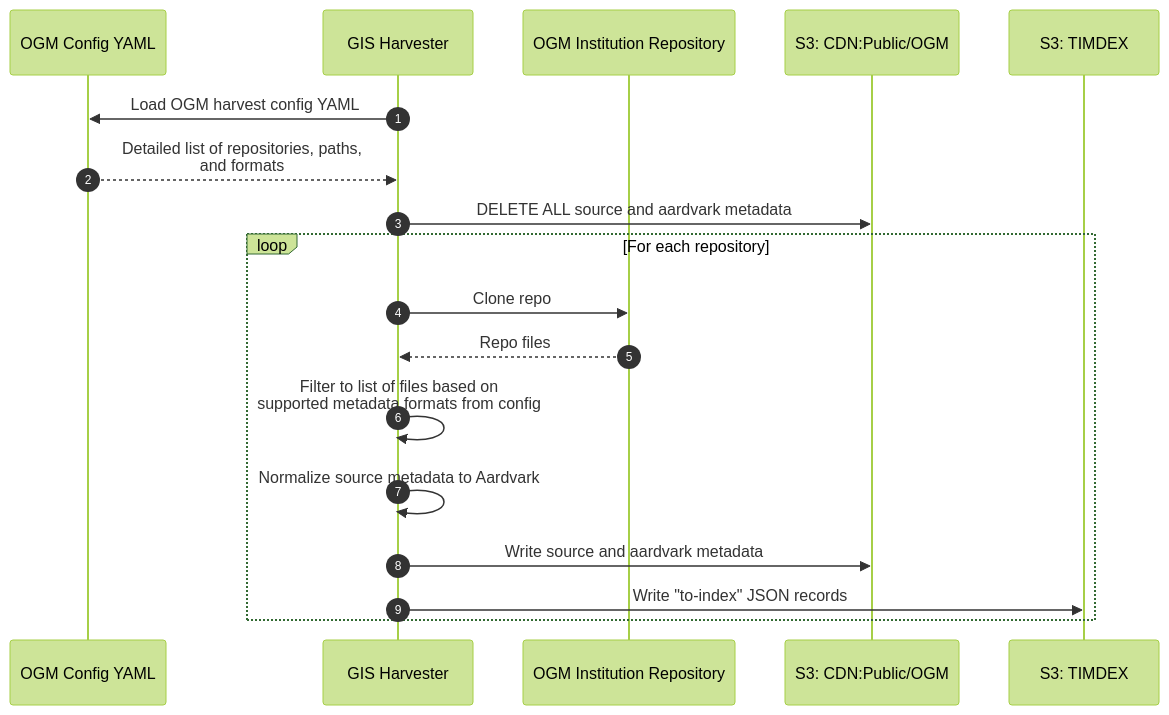
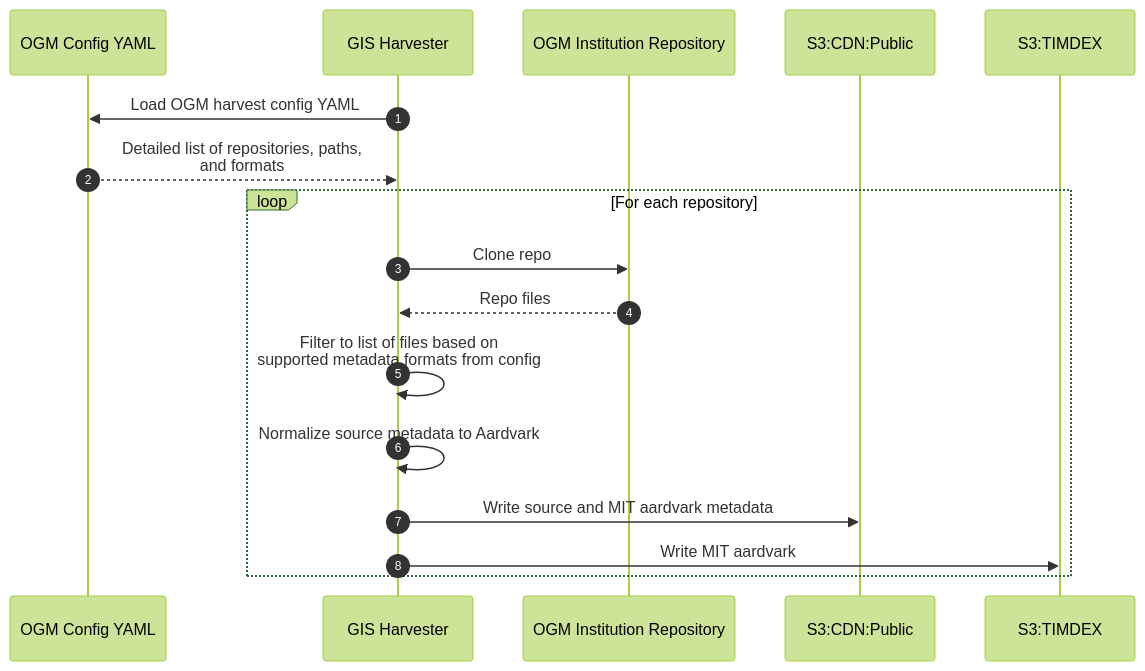
One commit to MITLibraries/geo-harvester changed the first of 2 diagrams in docs/ogm_harvests.md. Above: the diagram before and after it, drawn with Mermaid (forest theme). The commit also changed other lines of this file and 2 other files, not shown here.

Commit message:
update docs for Records and anticipate iterators

````diff
--- a/docs/ogm_harvests.md
+++ b/docs/ogm_harvests.md
@@ -9,23 +9,21 @@
 ```mermaid
 sequenceDiagram
     autonumber
     participant ogm_config_yaml as OGM Config YAML
-    participant gis_harv as GIS Harvester
+    participant geo_harv as GIS Harvester
     participant ogm_repo as OGM Institution Repository
-    participant s3_cdn_pub as S3: CDN:Public/OGM
-    participant s3_timdex as S3: TIMDEX
+    participant s3_cdn_pub as S3:CDN:Public
+    participant s3_timdex as S3:TIMDEX
     
-    gis_harv->>ogm_config_yaml: Load OGM harvest config YAML
-    ogm_config_yaml-->>gis_harv: Detailed list of repositories, paths, <br> and formats
-    
-    gis_harv->>s3_cdn_pub: DELETE ALL source and aardvark metadata
+    geo_harv->>ogm_config_yaml: Load OGM harvest config YAML
+    ogm_config_yaml-->>geo_harv: Detailed list of repositories, paths, <br> and formats
     
     loop For each repository
-        gis_harv->>ogm_repo: Clone repo
-        ogm_repo-->>gis_harv: Repo files
-        gis_harv->>gis_harv: Filter to list of files based on <br> supported metadata formats from config
-        gis_harv->>gis_harv: Normalize source metadata to Aardvark
-        gis_harv->>s3_cdn_pub: Write source and aardvark metadata
-        gis_harv->>s3_timdex: Write "to-index" JSON records
+        geo_harv->>ogm_repo: Clone repo
+        ogm_repo-->>geo_harv: Repo files
+        geo_harv->>geo_harv: Filter to list of files based on <br> supported metadata formats from config
+        geo_harv->>geo_harv: Normalize source metadata to Aardvark
+        geo_harv->>s3_cdn_pub: Write source and MIT aardvark metadata
+        geo_harv->>s3_timdex: Write MIT aardvark
     end
 ```
````
